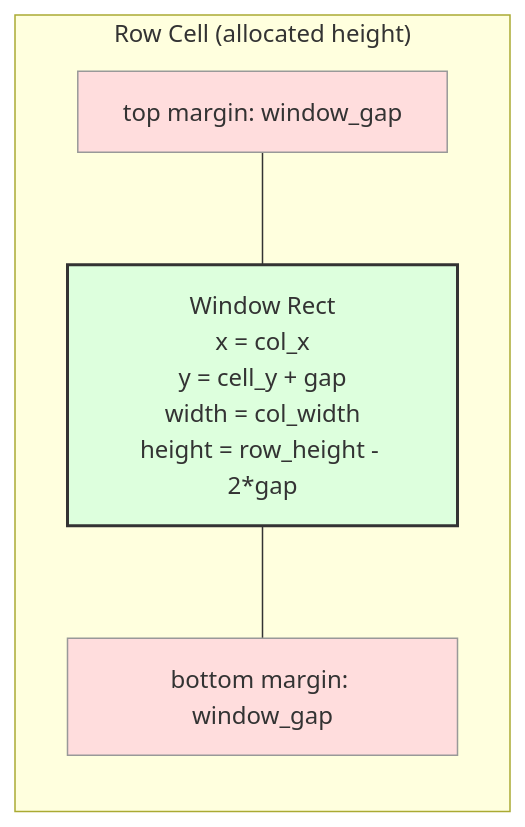
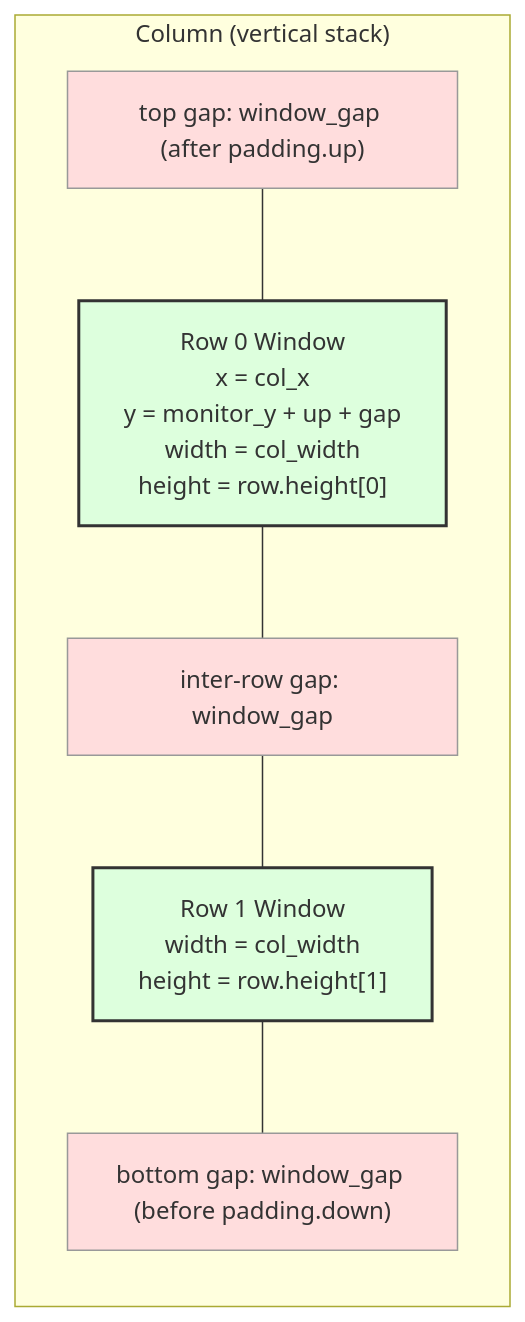
The second of 3 diagrams in docs/src/dev-guide/layout/projection.md (CCpcalvin/flow-wm), drawn with Mermaid before and after one commit. The commit also changed other lines of this file and 16 other files, not shown here.

Commit message:
feat: add multi-row columns with merge-column and promote

````diff
--- a/docs/src/dev-guide/layout/projection.md
+++ b/docs/src/dev-guide/layout/projection.md
@@ -59,15 +70,19 @@
 ```mermaid
 graph TB
-    subgraph RowCell["Row Cell (allocated height)"]
+    subgraph Column["Column (vertical stack)"]
         direction TB
-        MT["top margin: window_gap"]
-        W["Window Rect\nx = col_x\ny = cell_y + gap\nwidth = col_width\nheight = row_height - 2*gap"]
-        MB["bottom margin: window_gap"]
+        TG["top gap: window_gap (after padding.up)"]
+        W0["Row 0 Window\nx = col_x\ny = monitor_y + up + gap\nwidth = col_width\nheight = row.height[0]"]
+        G1["inter-row gap: window_gap"]
+        W1["Row 1 Window\nwidth = col_width\nheight = row.height[1]"]
+        BG["bottom gap: window_gap (before padding.down)"]
     end
 
-    MT --- W --- MB
+    TG --- W0 --- G1 --- W1 --- BG
 
-    style MT fill:#fdd,stroke:#999
-    style MB fill:#fdd,stroke:#999
-    style W fill:#dfd,stroke:#333,stroke-width:2px
+    style TG fill:#fdd,stroke:#999
+    style G1 fill:#fdd,stroke:#999
+    style BG fill:#fdd,stroke:#999
+    style W0 fill:#dfd,stroke:#333,stroke-width:2px
+    style W1 fill:#dfd,stroke:#333,stroke-width:2px
 ```
````
